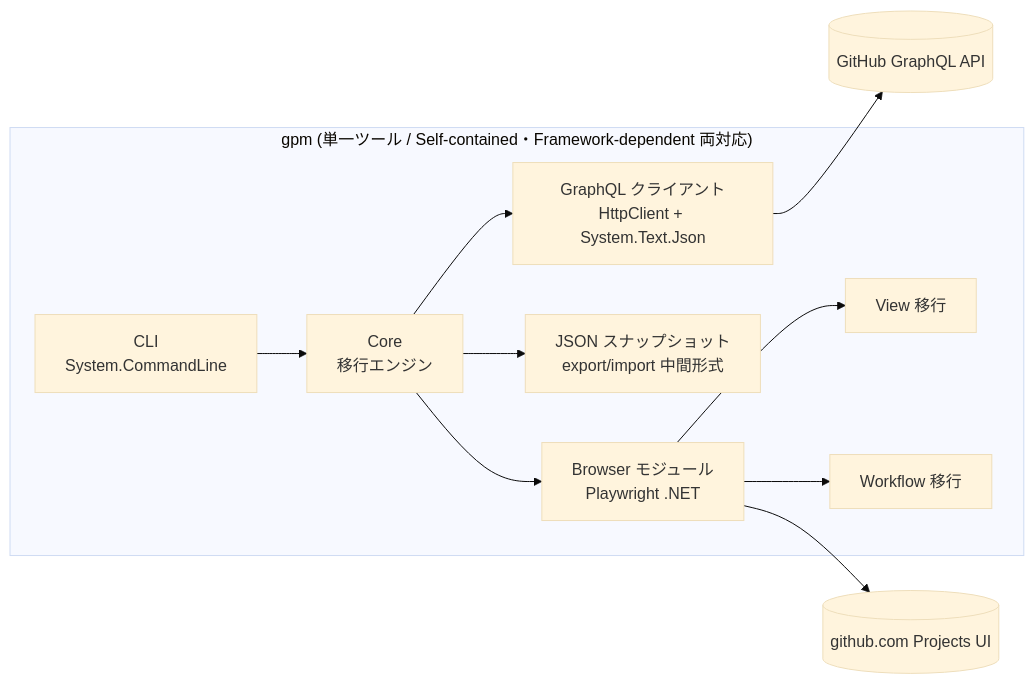
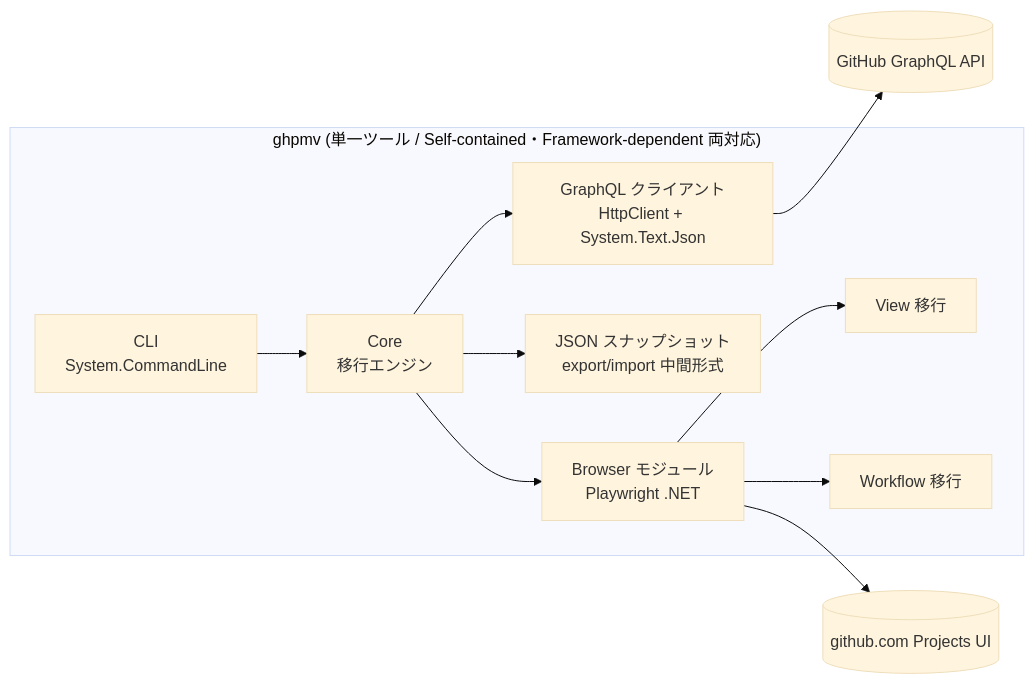
One commit to SIkebe/github-project-migrator changed the diagram in PLAN.md. Above: the diagram before and after it, drawn with Mermaid (base theme). The commit also changed other lines of this file and 167 other files, not shown here.

````diff
--- a/PLAN.md
+++ b/PLAN.md
@@ -125,13 +125,13 @@
 ```mermaid
 graph LR
-    subgraph "gpm (単一ツール / Self-contained・Framework-dependent 両対応)"
+    subgraph "ghpmv (単一ツール / Self-contained・Framework-dependent 両対応)"
         CLI[CLI<br/>System.CommandLine] --> Core[Core<br/>移行エンジン]
         Core --> GQL[GraphQL クライアント<br/>HttpClient + System.Text.Json]
         Core --> Store[JSON スナップショット<br/>export/import 中間形式]
         Core --> PW[Browser モジュール<br/>Playwright .NET]
         PW --> Views[View 移行]
         PW --> WF[Workflow 移行]
     end
     GQL --> GH[(GitHub GraphQL API)]
     PW --> UI[(github.com Projects UI)]
 ```
````
